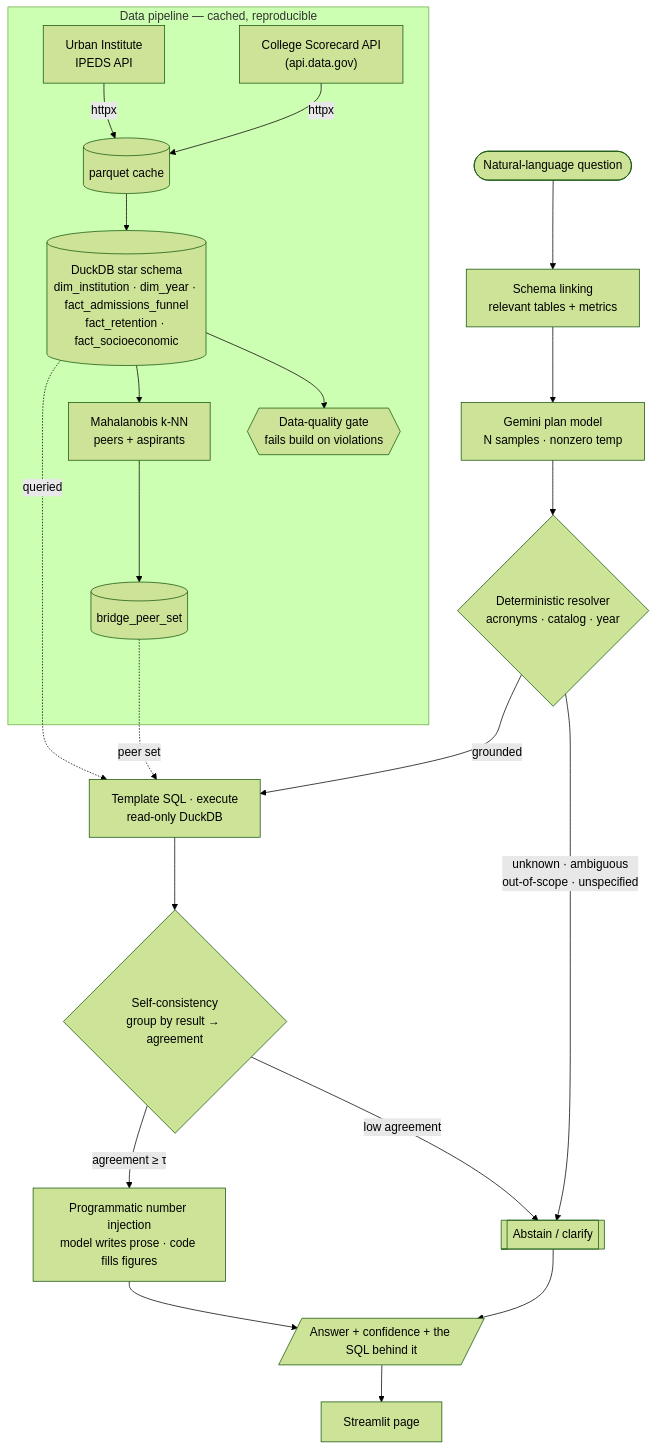
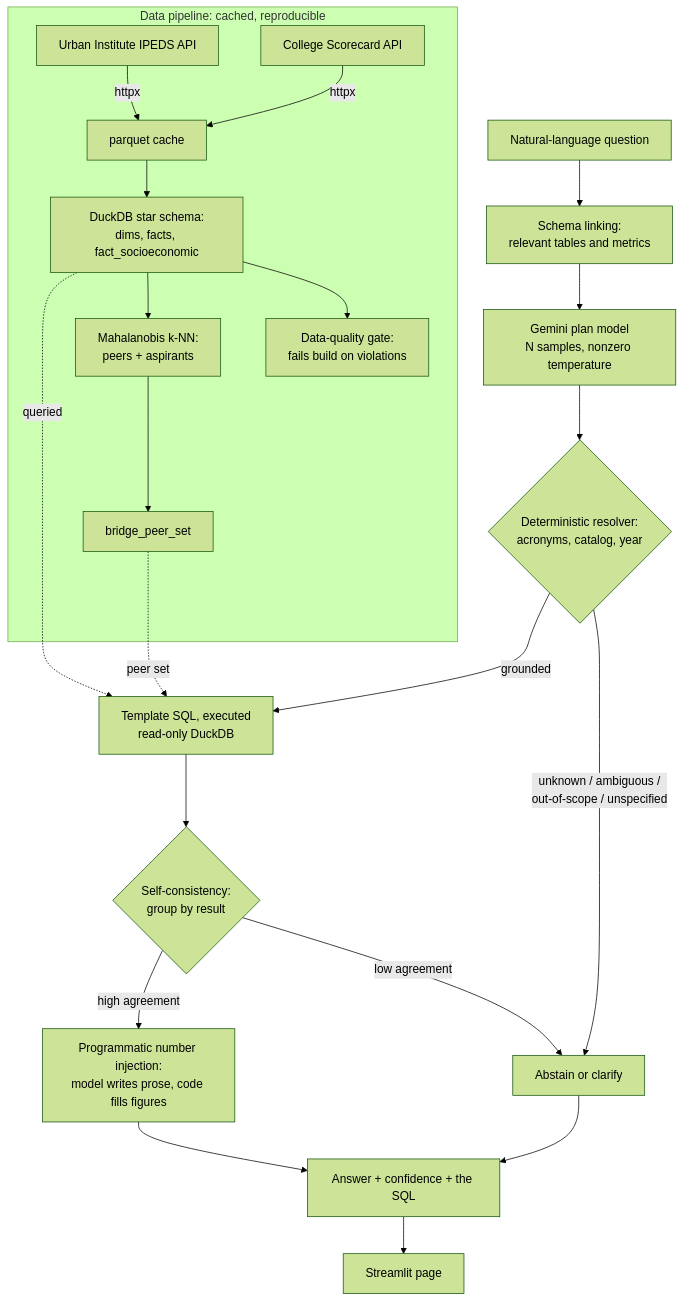
Before and after one commit to akshatkumbhat/PeerLens: the diagram in README.md, drawn with Mermaid (forest theme).

Commit message:
docs: fix Mermaid architecture diagram not rendering on GitHub
GitHub's Mermaid renderer failed ("Cannot read properties of undefined") on the
non-ASCII glyphs (·, →, ≥, τ, em-dashes) and the exotic node shapes
(stadium/subroutine/parallelogram/hexagon/cylinder) combined with quoted labels.
Rewrote with ASCII-only labels and basic rectangle/diamond nodes only. Validated
rendering via Kroki (HTTP 200).

````diff
--- a/README.md
+++ b/README.md
@@ -44,25 +44,25 @@
 ```mermaid
 flowchart TD
-    Q(["Natural-language question"]) --> SL["Schema linking<br/>relevant tables + metrics"]
-    SL --> PM["Gemini plan model<br/>N samples · nonzero temp"]
-    PM --> R{"Deterministic resolver<br/>acronyms · catalog · year"}
-    R -->|"unknown · ambiguous<br/>out-of-scope · unspecified"| AB[["Abstain / clarify"]]
-    R -->|grounded| EX["Template SQL · execute<br/>read-only DuckDB"]
-    EX --> SC{"Self-consistency<br/>group by result → agreement"}
+    Q["Natural-language question"] --> SL["Schema linking:<br/>relevant tables and metrics"]
+    SL --> PM["Gemini plan model<br/>N samples, nonzero temperature"]
+    PM --> R{"Deterministic resolver:<br/>acronyms, catalog, year"}
+    R -->|"unknown / ambiguous /<br/>out-of-scope / unspecified"| AB["Abstain or clarify"]
+    R -->|grounded| EX["Template SQL, executed<br/>read-only DuckDB"]
+    EX --> SC{"Self-consistency:<br/>group by result"}
     SC -->|"low agreement"| AB
-    SC -->|"agreement ≥ τ"| INJ["Programmatic number injection<br/>model writes prose · code fills figures"]
-    INJ --> ANS[/"Answer + confidence + the SQL behind it"/]
+    SC -->|"high agreement"| INJ["Programmatic number injection:<br/>model writes prose, code fills figures"]
+    INJ --> ANS["Answer + confidence + the SQL"]
     AB --> ANS
     ANS --> UI["Streamlit page"]
 
-    subgraph data["Data pipeline — cached, reproducible"]
-        API["Urban Institute<br/>IPEDS API"] -->|httpx| PQ[("parquet cache")]
-        SCD["College Scorecard API<br/>(api.data.gov)"] -->|httpx| PQ
-        PQ --> WH[("DuckDB star schema<br/>dim_institution · dim_year · fact_admissions_funnel<br/>fact_retention · fact_socioeconomic")]
-        WH --> DQ{{"Data-quality gate<br/>fails build on violations"}}
-        WH --> MA["Mahalanobis k-NN<br/>peers + aspirants"] --> BP[("bridge_peer_set")]
+    subgraph data["Data pipeline: cached, reproducible"]
+        API["Urban Institute IPEDS API"] -->|httpx| PQ["parquet cache"]
+        SCD["College Scorecard API"] -->|httpx| PQ
+        PQ --> WH["DuckDB star schema:<br/>dims, facts, fact_socioeconomic"]
+        WH --> DQ["Data-quality gate:<br/>fails build on violations"]
+        WH --> MA["Mahalanobis k-NN:<br/>peers + aspirants"] --> BP["bridge_peer_set"]
     end
 
-    WH -. queried .-> EX
-    BP -. peer set .-> EX
+    WH -.->|queried| EX
+    BP -.->|peer set| EX
 ```
````
